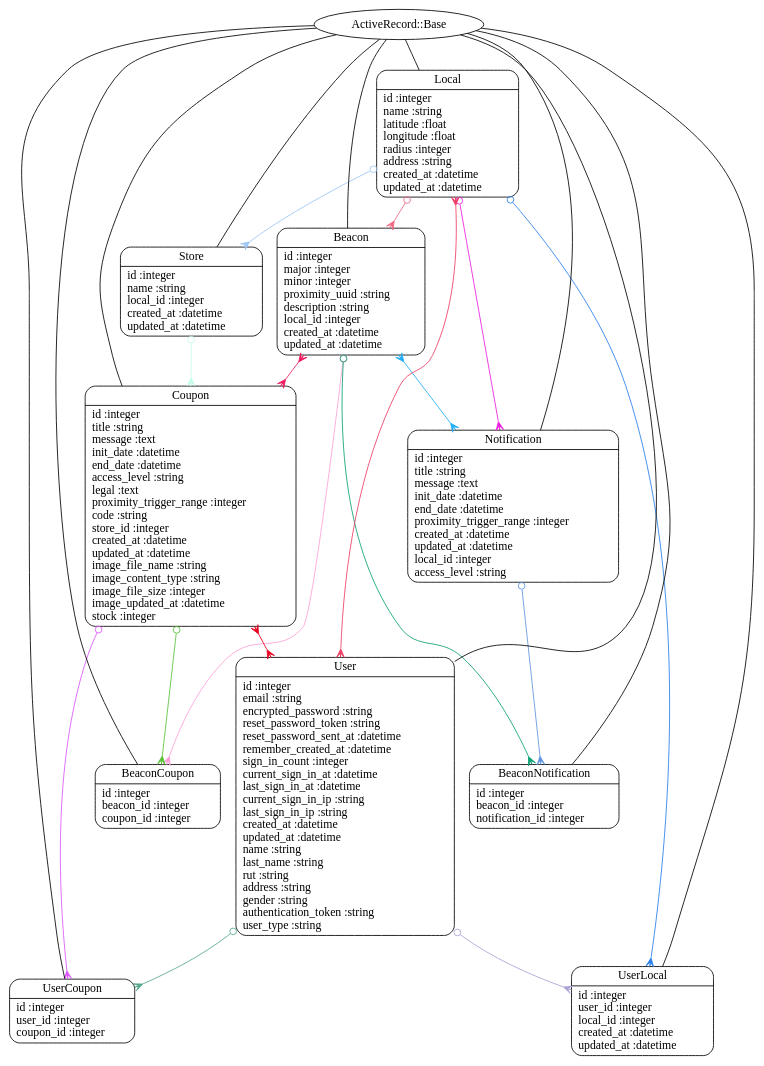
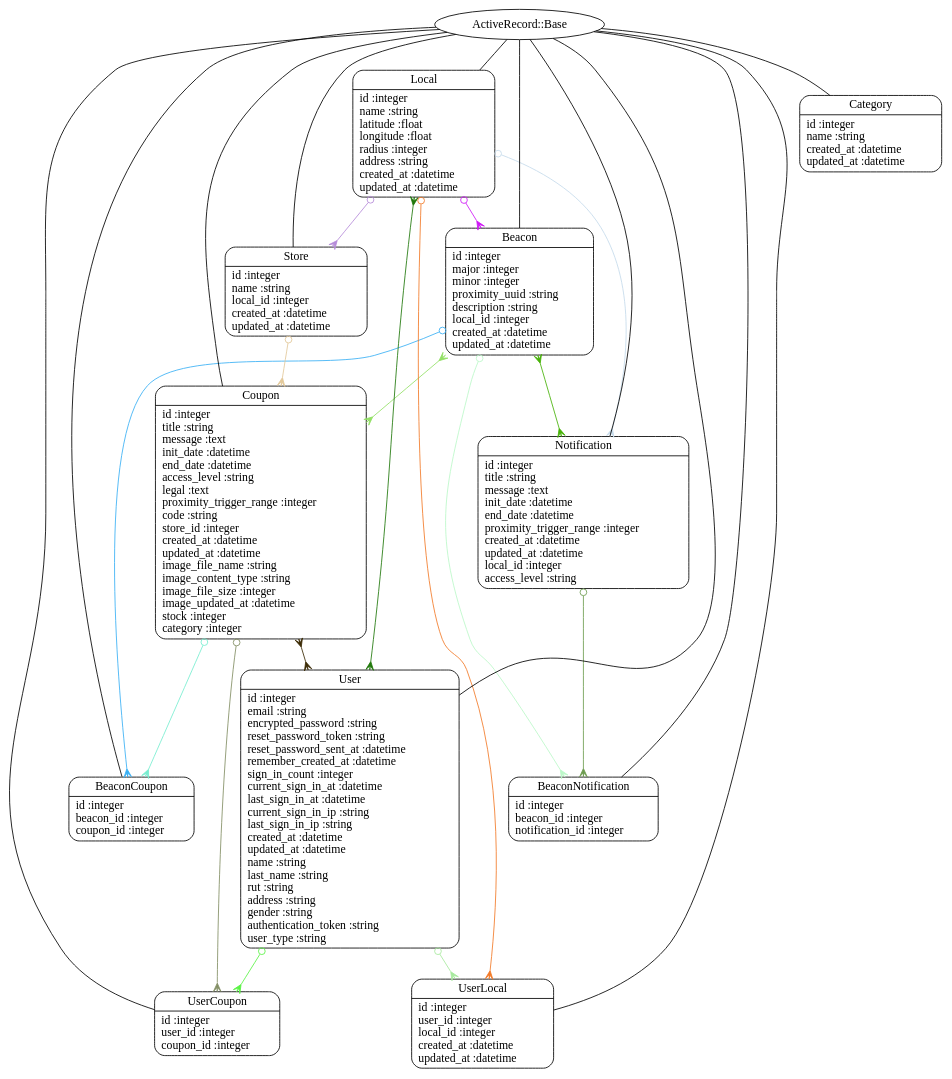
The diagram in full_models.dot (mgomezb/CouponsAppRails), drawn with Graphviz before and after one commit. The commit also changed 7 other files, not shown here.

```diff
--- a/full_models.dot
+++ b/full_models.dot
@@ -1,39 +1,41 @@
 digraph models_diagram {
 	graph[overlap=false, splines=true]
 	"Beacon" [shape=Mrecord, label="{Beacon|id :integer\lmajor :integer\lminor :integer\lproximity_uuid :string\ldescription :string\llocal_id :integer\lcreated_at :datetime\lupdated_at :datetime\l}"]
 	"BeaconCoupon" [shape=Mrecord, label="{BeaconCoupon|id :integer\lbeacon_id :integer\lcoupon_id :integer\l}"]
 	"BeaconNotification" [shape=Mrecord, label="{BeaconNotification|id :integer\lbeacon_id :integer\lnotification_id :integer\l}"]
-	"Coupon" [shape=Mrecord, label="{Coupon|id :integer\ltitle :string\lmessage :text\linit_date :datetime\lend_date :datetime\laccess_level :string\llegal :text\lproximity_trigger_range :integer\lcode :string\lstore_id :integer\lcreated_at :datetime\lupdated_at :datetime\limage_file_name :string\limage_content_type :string\limage_file_size :integer\limage_updated_at :datetime\lstock :integer\l}"]
+	"Category" [shape=Mrecord, label="{Category|id :integer\lname :string\lcreated_at :datetime\lupdated_at :datetime\l}"]
+	"Coupon" [shape=Mrecord, label="{Coupon|id :integer\ltitle :string\lmessage :text\linit_date :datetime\lend_date :datetime\laccess_level :string\llegal :text\lproximity_trigger_range :integer\lcode :string\lstore_id :integer\lcreated_at :datetime\lupdated_at :datetime\limage_file_name :string\limage_content_type :string\limage_file_size :integer\limage_updated_at :datetime\lstock :integer\lcategory :integer\l}"]
 	"Local" [shape=Mrecord, label="{Local|id :integer\lname :string\llatitude :float\llongitude :float\lradius :integer\laddress :string\lcreated_at :datetime\lupdated_at :datetime\l}"]
 	"Notification" [shape=Mrecord, label="{Notification|id :integer\ltitle :string\lmessage :text\linit_date :datetime\lend_date :datetime\lproximity_trigger_range :integer\lcreated_at :datetime\lupdated_at :datetime\llocal_id :integer\laccess_level :string\l}"]
 	"Store" [shape=Mrecord, label="{Store|id :integer\lname :string\llocal_id :integer\lcreated_at :datetime\lupdated_at :datetime\l}"]
 	"User" [shape=Mrecord, label="{User|id :integer\lemail :string\lencrypted_password :string\lreset_password_token :string\lreset_password_sent_at :datetime\lremember_created_at :datetime\lsign_in_count :integer\lcurrent_sign_in_at :datetime\llast_sign_in_at :datetime\lcurrent_sign_in_ip :string\llast_sign_in_ip :string\lcreated_at :datetime\lupdated_at :datetime\lname :string\llast_name :string\lrut :string\laddress :string\lgender :string\lauthentication_token :string\luser_type :string\l}"]
 	"UserCoupon" [shape=Mrecord, label="{UserCoupon|id :integer\luser_id :integer\lcoupon_id :integer\l}"]
 	"UserLocal" [shape=Mrecord, label="{UserLocal|id :integer\luser_id :integer\llocal_id :integer\lcreated_at :datetime\lupdated_at :datetime\l}"]
-	"Beacon" -> "BeaconCoupon" [arrowtail=odot, arrowhead=crow, dir=both color="#FCA0D8"]
-	"Beacon" -> "Coupon" [arrowtail=crow, arrowhead=crow, dir=both color="#F0185E"]
-	"Beacon" -> "BeaconNotification" [arrowtail=odot, arrowhead=crow, dir=both color="#0AA074"]
-	"Beacon" -> "Notification" [arrowtail=crow, arrowhead=crow, dir=both color="#20ACF7"]
+	"Beacon" -> "BeaconCoupon" [arrowtail=odot, arrowhead=crow, dir=both color="#39B0F5"]
+	"Beacon" -> "Coupon" [arrowtail=crow, arrowhead=crow, dir=both color="#93E066"]
+	"Beacon" -> "BeaconNotification" [arrowtail=odot, arrowhead=crow, dir=both color="#BCF8C9"]
+	"Beacon" -> "Notification" [arrowtail=crow, arrowhead=crow, dir=both color="#47B208"]
 	"ActiveRecord::Base" -> "Beacon" [label="", arrowhead="none", arrowtail="onormal"]
 	"ActiveRecord::Base" -> "BeaconCoupon" [label="", arrowhead="none", arrowtail="onormal"]
 	"ActiveRecord::Base" -> "BeaconNotification" [label="", arrowhead="none", arrowtail="onormal"]
-	"Coupon" -> "UserCoupon" [arrowtail=odot, arrowhead=crow, dir=both color="#DD56FD"]
-	"Coupon" -> "BeaconCoupon" [arrowtail=odot, arrowhead=crow, dir=both color="#58C136"]
-	"Coupon" -> "User" [arrowtail=crow, arrowhead=crow, dir=both color="#E70220"]
+	"ActiveRecord::Base" -> "Category" [label="", arrowhead="none", arrowtail="onormal"]
+	"Coupon" -> "UserCoupon" [arrowtail=odot, arrowhead=crow, dir=both color="#828E64"]
+	"Coupon" -> "BeaconCoupon" [arrowtail=odot, arrowhead=crow, dir=both color="#76EDD0"]
+	"Coupon" -> "User" [arrowtail=crow, arrowhead=crow, dir=both color="#3B2A04"]
 	"ActiveRecord::Base" -> "Coupon" [label="", arrowhead="none", arrowtail="onormal"]
-	"Local" -> "User" [arrowtail=crow, arrowhead=crow, dir=both color="#EC3E65"]
-	"Local" -> "UserLocal" [arrowtail=odot, arrowhead=crow, dir=both color="#287EEC"]
-	"Local" -> "Beacon" [arrowtail=odot, arrowhead=crow, dir=both color="#EF6883"]
-	"Local" -> "Store" [arrowtail=odot, arrowhead=crow, dir=both color="#9AC6F5"]
-	"Local" -> "Notification" [arrowtail=odot, arrowhead=crow, dir=both color="#EC1CDE"]
+	"Local" -> "User" [arrowtail=crow, arrowhead=crow, dir=both color="#20780A"]
+	"Local" -> "UserLocal" [arrowtail=odot, arrowhead=crow, dir=both color="#F27A28"]
+	"Local" -> "Beacon" [arrowtail=odot, arrowhead=crow, dir=both color="#CE17F6"]
+	"Local" -> "Store" [arrowtail=odot, arrowhead=crow, dir=both color="#B58BD9"]
+	"Local" -> "Notification" [arrowtail=odot, arrowhead=crow, dir=both color="#C5DBEB"]
 	"ActiveRecord::Base" -> "Local" [label="", arrowhead="none", arrowtail="onormal"]
-	"Notification" -> "BeaconNotification" [arrowtail=odot, arrowhead=crow, dir=both color="#5F94E1"]
+	"Notification" -> "BeaconNotification" [arrowtail=odot, arrowhead=crow, dir=both color="#6E9C50"]
 	"ActiveRecord::Base" -> "Notification" [label="", arrowhead="none", arrowtail="onormal"]
-	"Store" -> "Coupon" [arrowtail=odot, arrowhead=crow, dir=both color="#C4FBEA"]
+	"Store" -> "Coupon" [arrowtail=odot, arrowhead=crow, dir=both color="#E3C99A"]
 	"ActiveRecord::Base" -> "Store" [label="", arrowhead="none", arrowtail="onormal"]
-	"User" -> "UserLocal" [arrowtail=odot, arrowhead=crow, dir=both color="#AAA3D6"]
-	"User" -> "UserCoupon" [arrowtail=odot, arrowhead=crow, dir=both color="#56A98D"]
+	"User" -> "UserLocal" [arrowtail=odot, arrowhead=crow, dir=both color="#A7EA9E"]
+	"User" -> "UserCoupon" [arrowtail=odot, arrowhead=crow, dir=both color="#5AF345"]
 	"ActiveRecord::Base" -> "User" [label="", arrowhead="none", arrowtail="onormal"]
 	"ActiveRecord::Base" -> "UserCoupon" [label="", arrowhead="none", arrowtail="onormal"]
 	"ActiveRecord::Base" -> "UserLocal" [label="", arrowhead="none", arrowtail="onormal"]
 }
```
